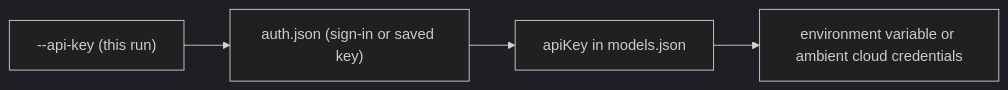
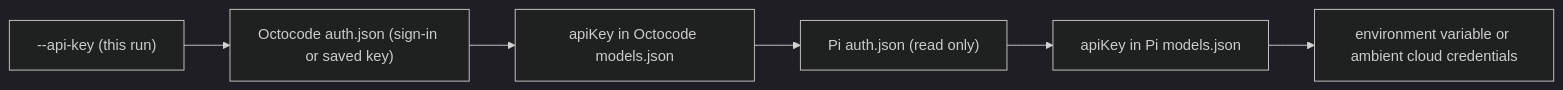
One commit to bgauryy/octocode-coding-agent changed the diagram in packages/coding-agent/docs/providers.md. Above: the diagram before and after it, drawn with Mermaid (dark theme). The commit also changed other lines of this file and 630 other files, not shown here.

````diff
--- a/packages/coding-agent/docs/providers.md
+++ b/packages/coding-agent/docs/providers.md
@@ -34,4 +60,4 @@
 ```mermaid
 flowchart LR
-    A["--api-key (this run)"] --> B["auth.json (sign-in or saved key)"] --> C["apiKey in models.json"] --> D["environment variable or ambient cloud credentials"]
+    A["--api-key (this run)"] --> B["Octocode auth.json (sign-in or saved key)"] --> C["apiKey in Octocode models.json"] --> D["Pi auth.json (read only)"] --> E["apiKey in Pi models.json"] --> F["environment variable or ambient cloud credentials"]
 ```
````
